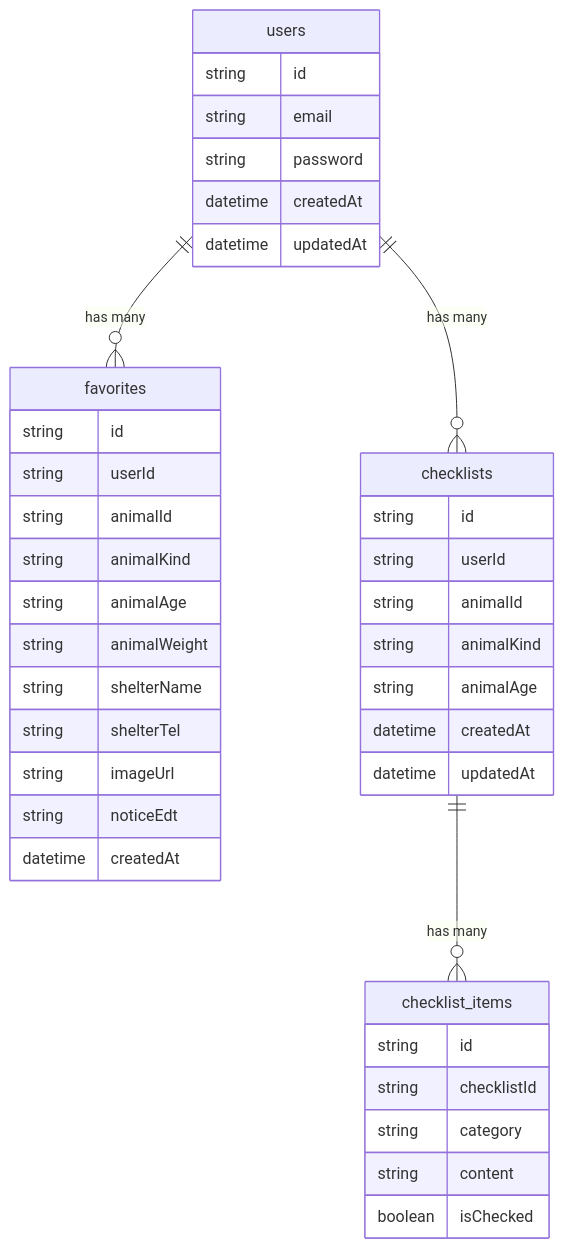
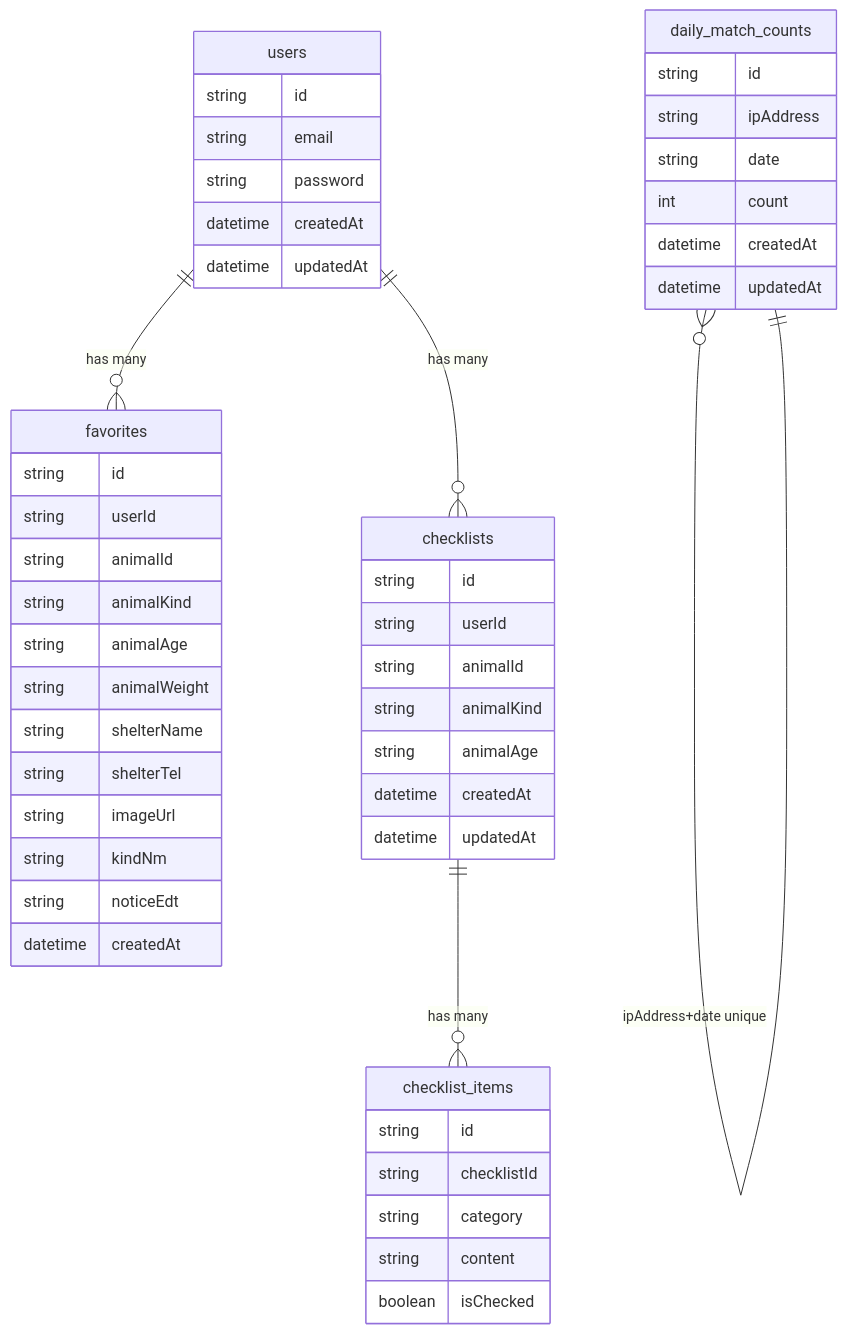
One commit to JunbyeongChae/matchpaw changed the diagram in docs/03_ERD.md. Above: the diagram before and after it, drawn with Mermaid. The commit also changed other lines of this file and 3 other files, not shown here.

````diff
--- a/docs/03_ERD.md
+++ b/docs/03_ERD.md
@@ -24,47 +24,58 @@
 ```mermaid
 erDiagram
 
   users {
     string   id
     string   email
     string   password
     datetime createdAt
     datetime updatedAt
   }
 
   favorites {
     string   id
     string   userId
     string   animalId
     string   animalKind
     string   animalAge
     string   animalWeight
     string   shelterName
     string   shelterTel
     string   imageUrl
+    string   kindNm
     string   noticeEdt
     datetime createdAt
+  }
+
+  daily_match_counts {
+    string   id
+    string   ipAddress
+    string   date
+    int      count
+    datetime createdAt
+    datetime updatedAt
   }
 
   checklists {
     string   id
     string   userId
     string   animalId
     string   animalKind
     string   animalAge
     datetime createdAt
     datetime updatedAt
   }
 
   checklist_items {
     string  id
     string  checklistId
     string  category
     string  content
     boolean isChecked
   }
 
   users ||--o{ favorites : "has many"
   users ||--o{ checklists : "has many"
   checklists ||--o{ checklist_items : "has many"
+  daily_match_counts }o--|| daily_match_counts : "ipAddress+date unique"
 ```
````
